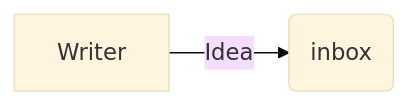
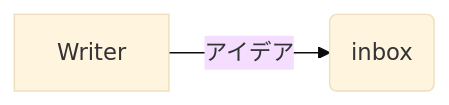
One commit to songkg7/songkg7.github.io changed the first of 4 diagrams in i18n/jp/docusaurus-plugin-content-blog/2023-04-19/blog-posting-pipeline.md. Above: the diagram before and after it, drawn with Mermaid (base theme). The commit also changed other lines of this file, not shown here.

````diff
--- a/i18n/jp/docusaurus-plugin-content-blog/2023-04-19/blog-posting-pipeline.md
+++ b/i18n/jp/docusaurus-plugin-content-blog/2023-04-19/blog-posting-pipeline.md
@@ -29,4 +29,4 @@
 ```mermaid
 flowchart LR
-    Writer -- Idea --> inbox(inbox)
+    Writer -- アイデア --> inbox(inbox)
 ```
````
